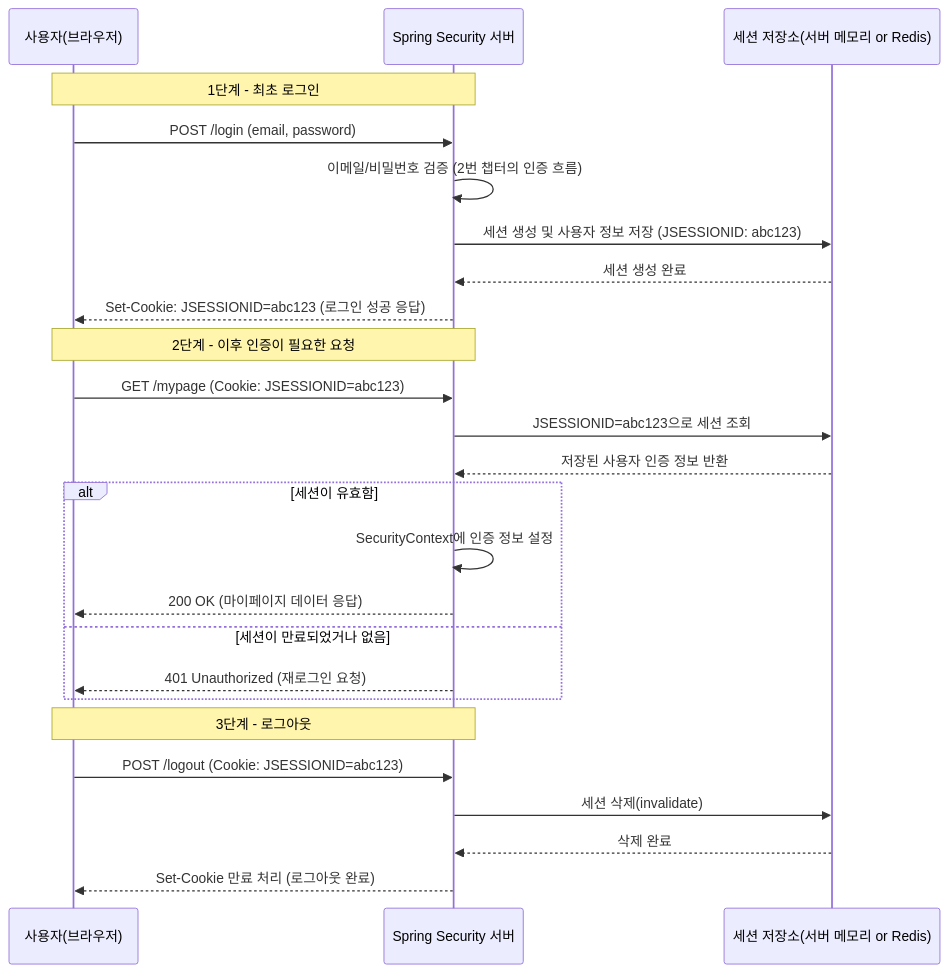
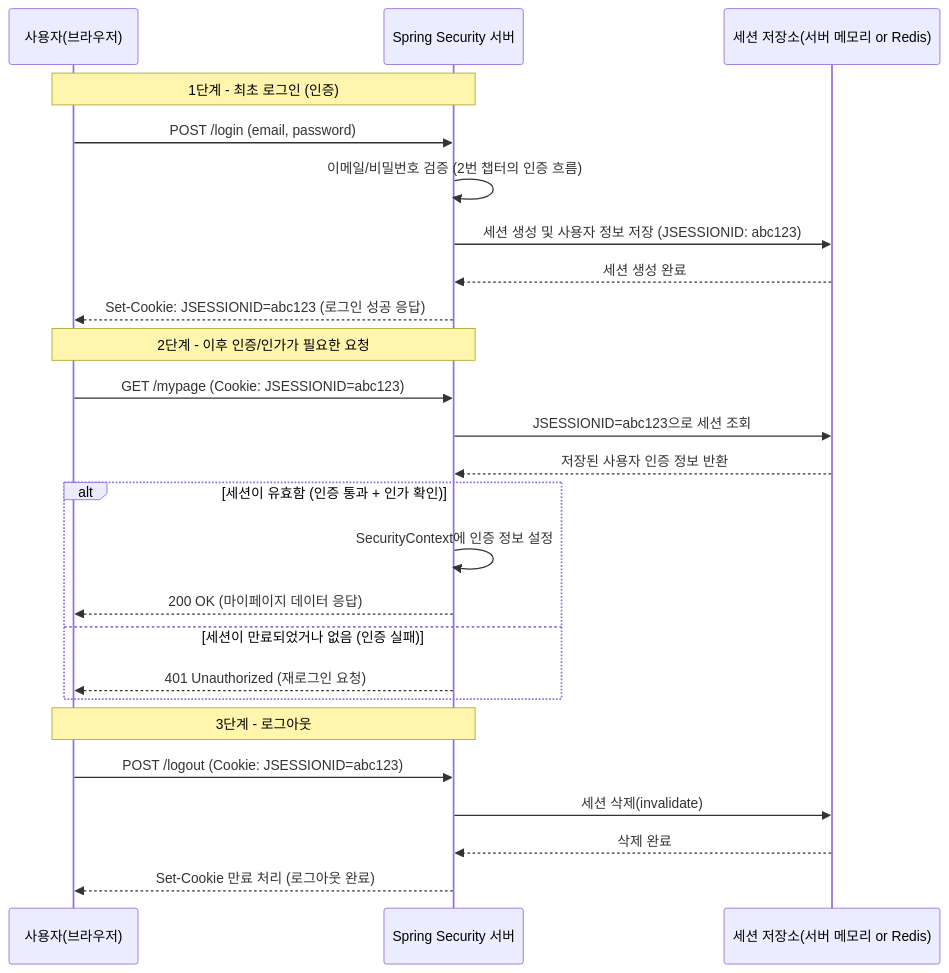
Before and after one commit to azjaehyun/codeit-mentoring-md: the third of 3 diagrams in security/jwt-basic.md, drawn with Mermaid. The commit also changed other lines of this file, not shown here.

````diff
--- a/security/jwt-basic.md
+++ b/security/jwt-basic.md
@@ -351,31 +383,31 @@
 ```mermaid
 sequenceDiagram
     participant Client as 사용자(브라우저)
     participant Server as Spring Security 서버
     participant SessionStore as 세션 저장소(서버 메모리 or Redis)
 
-    Note over Client, Server: 1단계 - 최초 로그인
+    Note over Client, Server: 1단계 - 최초 로그인 (인증)
     Client->>Server: POST /login (email, password)
     Server->>Server: 이메일/비밀번호 검증 (2번 챕터의 인증 흐름)
     Server->>SessionStore: 세션 생성 및 사용자 정보 저장 (JSESSIONID: abc123)
     SessionStore-->>Server: 세션 생성 완료
     Server-->>Client: Set-Cookie: JSESSIONID=abc123 (로그인 성공 응답)
 
-    Note over Client, Server: 2단계 - 이후 인증이 필요한 요청
+    Note over Client, Server: 2단계 - 이후 인증/인가가 필요한 요청
     Client->>Server: GET /mypage (Cookie: JSESSIONID=abc123)
     Server->>SessionStore: JSESSIONID=abc123으로 세션 조회
     SessionStore-->>Server: 저장된 사용자 인증 정보 반환
 
-    alt 세션이 유효함
+    alt 세션이 유효함 (인증 통과 + 인가 확인)
         Server->>Server: SecurityContext에 인증 정보 설정
         Server-->>Client: 200 OK (마이페이지 데이터 응답)
-    else 세션이 만료되었거나 없음
+    else 세션이 만료되었거나 없음 (인증 실패)
         Server-->>Client: 401 Unauthorized (재로그인 요청)
     end
 
     Note over Client, Server: 3단계 - 로그아웃
     Client->>Server: POST /logout (Cookie: JSESSIONID=abc123)
     Server->>SessionStore: 세션 삭제(invalidate)
     SessionStore-->>Server: 삭제 완료
     Server-->>Client: Set-Cookie 만료 처리 (로그아웃 완료)
 ```
````
